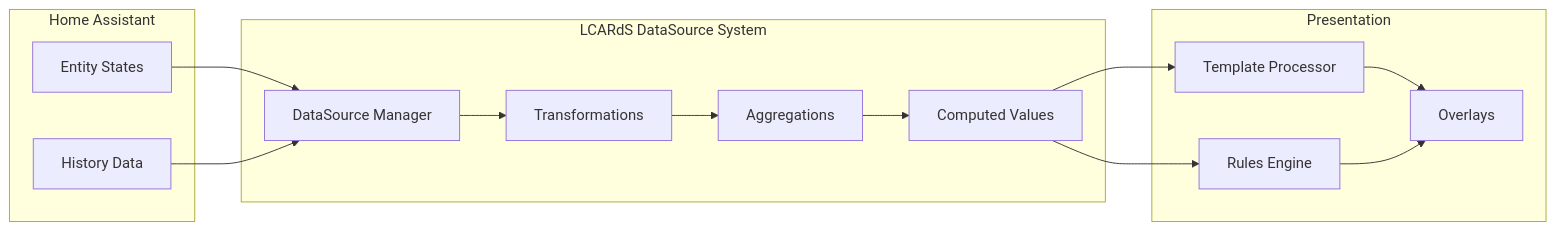
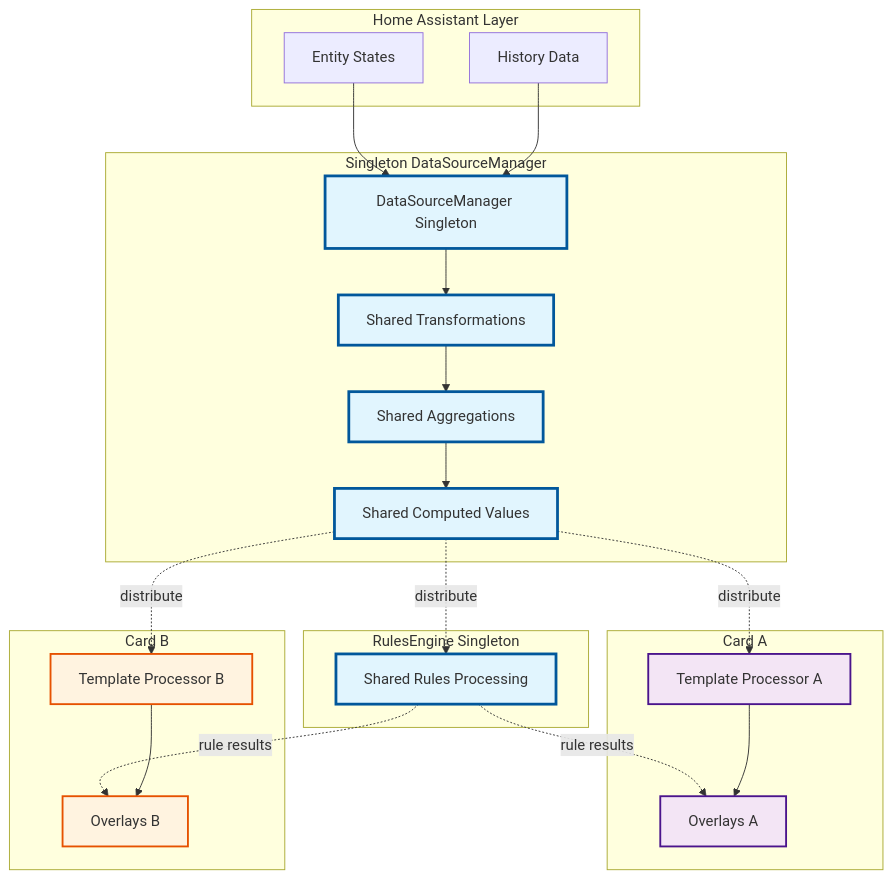
One commit to solhuebner/lcards changed the first of 8 diagrams in doc/architecture/subsystems/datasource-system.md. Above: the diagram before and after it, drawn with Mermaid. The commit also changed other lines of this file and 15 other files, not shown here.

First line of the commit message:
feat: Refactor architecture to support singleton systems across LCARdS components

````diff
--- a/doc/architecture/subsystems/datasource-system.md
+++ b/doc/architecture/subsystems/datasource-system.md
@@ -12,30 +12,52 @@
 ```mermaid
-graph LR
-    subgraph "Home Assistant"
+graph TB
+    subgraph "Home Assistant Layer"
         Entities[Entity States]
         History[History Data]
     end
 
-    subgraph "LCARdS DataSource System"
-        DS[DataSource Manager]
-        Transform[Transformations]
-        Aggregate[Aggregations]
-        Compute[Computed Values]
+    subgraph "Singleton DataSourceManager"
+        DSM[DataSourceManager Singleton]
+        Transform[Shared Transformations]
+        Aggregate[Shared Aggregations]
+        Compute[Shared Computed Values]
     end
 
-    subgraph "Presentation"
-        Templates[Template Processor]
-        Rules[Rules Engine]
-        Overlays[Overlays]
+    subgraph "Card A"
+        TemplatesA[Template Processor A]
+        OverlaysA[Overlays A]
     end
 
-    Entities --> DS
-    History --> DS
-    DS --> Transform
+    subgraph "Card B"
+        TemplatesB[Template Processor B]
+        OverlaysB[Overlays B]
+    end
+
+    subgraph "RulesEngine Singleton"
+        Rules[Shared Rules Processing]
+    end
+
+    Entities --> DSM
+    History --> DSM
+    DSM --> Transform
     Transform --> Aggregate
     Aggregate --> Compute
-    Compute --> Templates
-    Compute --> Rules
-    Templates --> Overlays
-    Rules --> Overlays
+
+    %% Singleton distribution
+    Compute -.distribute.-> TemplatesA
+    Compute -.distribute.-> TemplatesB
+    Compute -.distribute.-> Rules
+
+    Rules -.rule results.-> OverlaysA
+    Rules -.rule results.-> OverlaysB
+    TemplatesA --> OverlaysA
+    TemplatesB --> OverlaysB
+
+    classDef singleton fill:#e1f5fe,stroke:#01579b,stroke-width:3px
+    classDef cardA fill:#f3e5f5,stroke:#4a148c,stroke-width:2px
+    classDef cardB fill:#fff3e0,stroke:#e65100,stroke-width:2px
+
+    class DSM,Transform,Aggregate,Compute,Rules singleton
+    class TemplatesA,OverlaysA cardA
+    class TemplatesB,OverlaysB cardB
 ```
````
